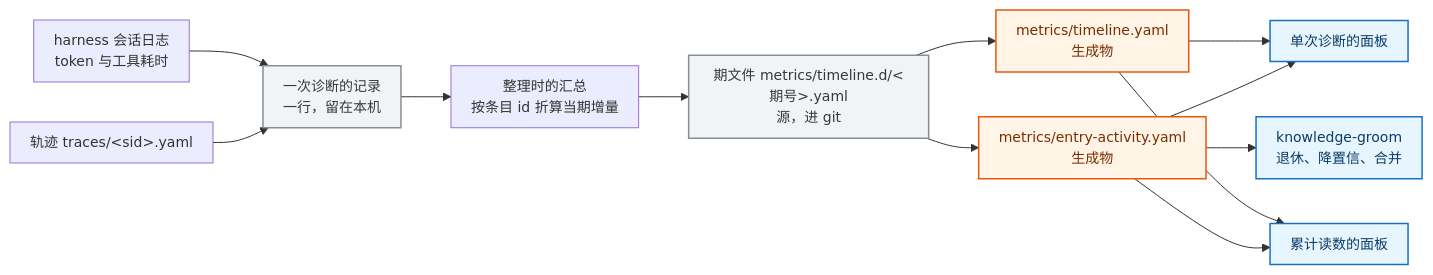
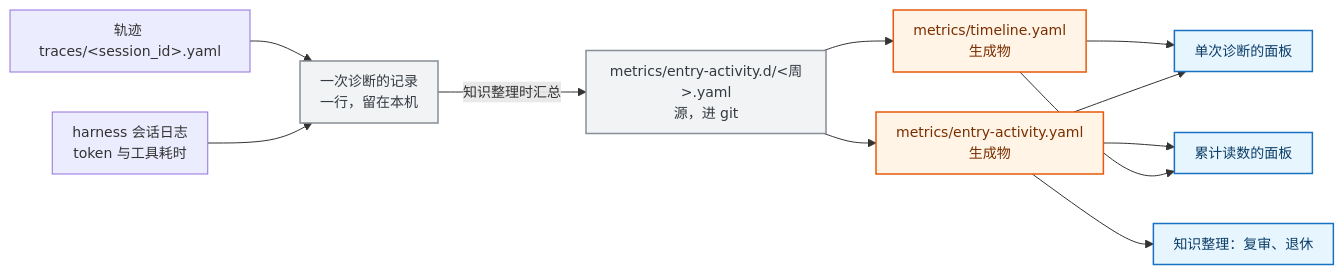
The first of 4 diagrams in docs/mechanism/diagnosis-observability.md (Bowen-Leee/ascend-sleuth), drawn with Mermaid before and after one commit. The commit also changed other lines of this file and 1 other file, not shown here.

````diff
--- a/docs/mechanism/diagnosis-observability.md
+++ b/docs/mechanism/diagnosis-observability.md
@@ -33,22 +39,21 @@
 ```mermaid
 %%{init: {'themeVariables':{'fontSize':'14px'},'flowchart':{'curve':'basis','nodeSpacing':40,'rankSpacing':50,'padding':10}}}%%
 flowchart LR
-    TR["轨迹 traces/&lt;sid&gt;.yaml"] --> EP["一次诊断的记录<br/>一行，留在本机"]
+    TR["轨迹 traces/&lt;session_id&gt;.yaml"] --> EP["一次诊断的记录<br/>一行，留在本机"]
     LG["harness 会话日志<br/>token 与工具耗时"] --> EP
-    EP --> AG["整理时的汇总<br/>按条目 id 折算当期增量"]
-    AG --> PF["期文件 metrics/timeline.d/&lt;期号&gt;.yaml<br/>源，进 git"]
+    EP -->|"知识整理时汇总"| PF["metrics/entry-activity.d/&lt;周&gt;.yaml<br/>源，进 git"]
     PF --> EA["metrics/entry-activity.yaml<br/>生成物"]
     PF --> TI["metrics/timeline.yaml<br/>生成物"]
-    EA --> V1["单次诊断的面板"]
-    TI --> V1
+    TI --> V1["单次诊断的面板"]
+    EA --> V1
     EA --> V2["累计读数的面板"]
     TI --> V2
-    EA --> GR["knowledge-groom<br/>退休、降置信、合并"]
+    EA --> GR["知识整理：复审、退休"]
 
     classDef store fill:#f1f3f5,stroke:#868e96,stroke-width:1.5px,color:#343a40
     classDef gen fill:#fff4e6,stroke:#e8590c,stroke-width:1.5px,color:#7a2e00
     classDef view fill:#e7f5ff,stroke:#1971c2,stroke-width:1.5px,color:#0b3d66
     class EP,PF store
     class EA,TI gen
     class V1,V2,GR view
 ```
````
